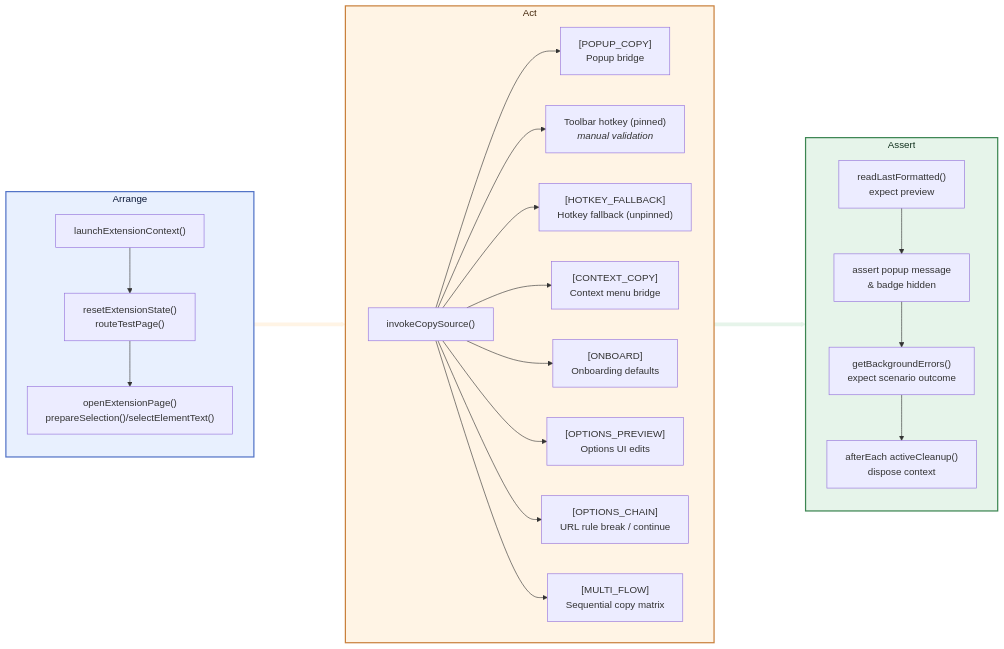
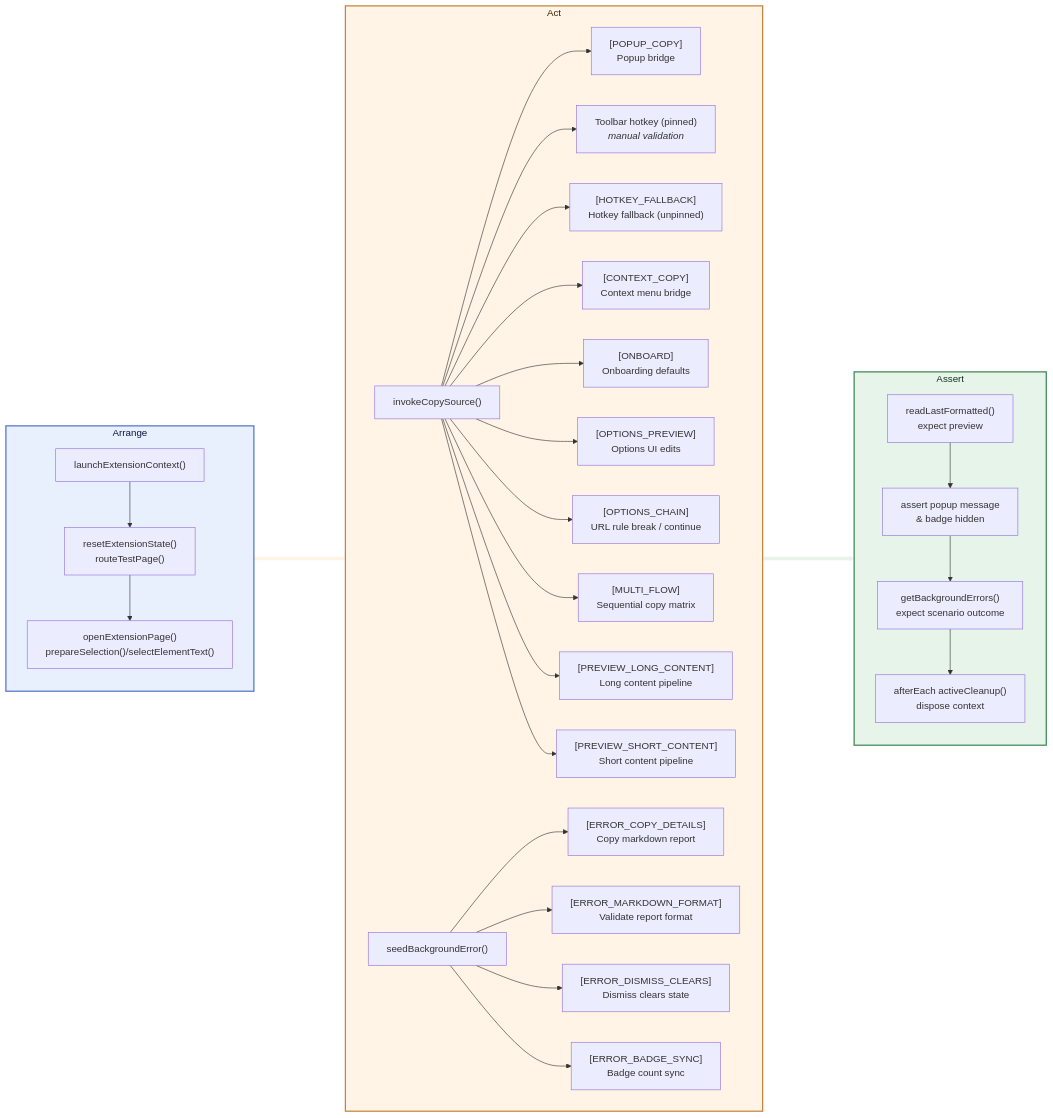
The diagram in docs/dev/test-coverage.md (PabloLION/MarkQuote), drawn with Mermaid before and after one commit.

Commit message:
docs: add Epic 4 tests to E2E flow diagram
Add new nodes to Mermaid flowchart:
- D9, D10: Preview tests (PREVIEW_LONG_CONTENT, PREVIEW_SHORT_CONTENT)
- E0: seedBackgroundError() entry point for error tests
- E1-E4: Error tests (COPY_DETAILS, MARKDOWN_FORMAT, DISMISS_CLEARS, BADGE_SYNC)

🤖 Generated with [Claude Code](https://claude.com/claude-code)

````diff
--- a/docs/dev/test-coverage.md
+++ b/docs/dev/test-coverage.md
@@ -29,54 +29,67 @@
 ```mermaid
 flowchart LR
   %% Define subgraphs first and tint them
   style ARR fill:#E8F0FE,stroke:#5273C7,stroke-width:2px,color:#0B1838
   subgraph ARR[Arrange]
     direction TB
     A["launchExtensionContext()"]
     B["resetExtensionState()<br/>routeTestPage()"]
     C["openExtensionPage()<br/>prepareSelection()/selectElementText()"]
   end
 
   style ACT fill:#FFF4E5,stroke:#C9803C,stroke-width:2px,color:#43260B
   subgraph ACT[Act]
     direction LR
     D["invokeCopySource()"]
     D1["[POPUP_COPY]<br/>Popup bridge"]
     D2["Toolbar hotkey (pinned)<br/><em>manual validation</em>"]
     D3["[HOTKEY_FALLBACK]<br/>Hotkey fallback (unpinned)"]
     D4["[CONTEXT_COPY]<br/>Context menu bridge"]
     D5["[ONBOARD]<br/>Onboarding defaults"]
     D6["[OPTIONS_PREVIEW]<br/>Options UI edits"]
     D7["[OPTIONS_CHAIN]<br/>URL rule break / continue"]
     D8["[MULTI_FLOW]<br/>Sequential copy matrix"]
+    D9["[PREVIEW_LONG_CONTENT]<br/>Long content pipeline"]
+    D10["[PREVIEW_SHORT_CONTENT]<br/>Short content pipeline"]
+    E0["seedBackgroundError()"]
+    E1["[ERROR_COPY_DETAILS]<br/>Copy markdown report"]
+    E2["[ERROR_MARKDOWN_FORMAT]<br/>Validate report format"]
+    E3["[ERROR_DISMISS_CLEARS]<br/>Dismiss clears state"]
+    E4["[ERROR_BADGE_SYNC]<br/>Badge count sync"]
   end
 
   style ASS fill:#E6F4EA,stroke:#3B8551,stroke-width:2px,color:#13321F
   subgraph ASS[Assert]
     direction TB
     E["readLastFormatted()<br/>expect preview"]
     F["assert popup message<br/>& badge hidden"]
     G["getBackgroundErrors()<br/>expect scenario outcome"]
     H["afterEach activeCleanup()<br/>dispose context"]
   end
 
   %% Connect the high-level phases first so linkStyle indices align, and
   %% Style the inter-phase connectors with thick, color-matched strokes
   ARR ----> ACT
   linkStyle 0 stroke:#FFF4E5,stroke-width:6px,color:#FFF4E5
 
   ACT ----> ASS
   linkStyle 1 stroke:#E6F4EA,stroke-width:6px,color:#E6F4EA
 
   %% Internal sequencing inside each subgraph
   A --> B --> C
   D --> D1
   D --> D2
   D --> D3
   D --> D4
   D --> D5
   D --> D6
   D --> D7
   D --> D8
+  D --> D9
+  D --> D10
+  E0 --> E1
+  E0 --> E2
+  E0 --> E3
+  E0 --> E4
   E --> F --> G --> H
 ```
````
